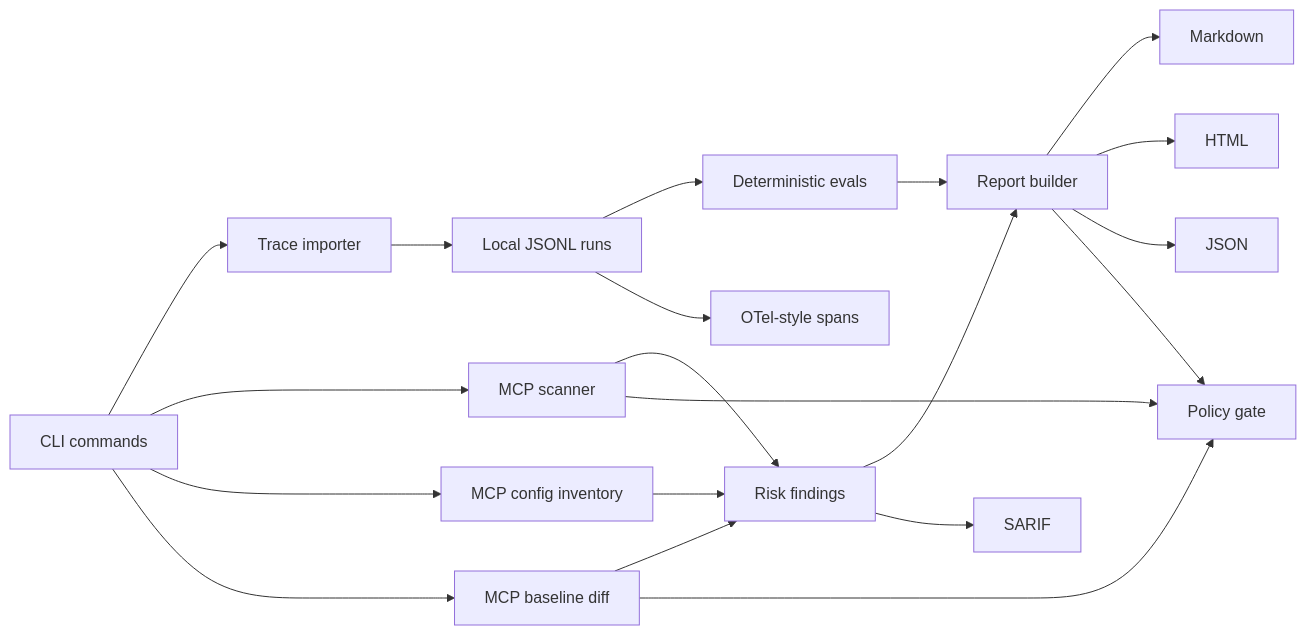
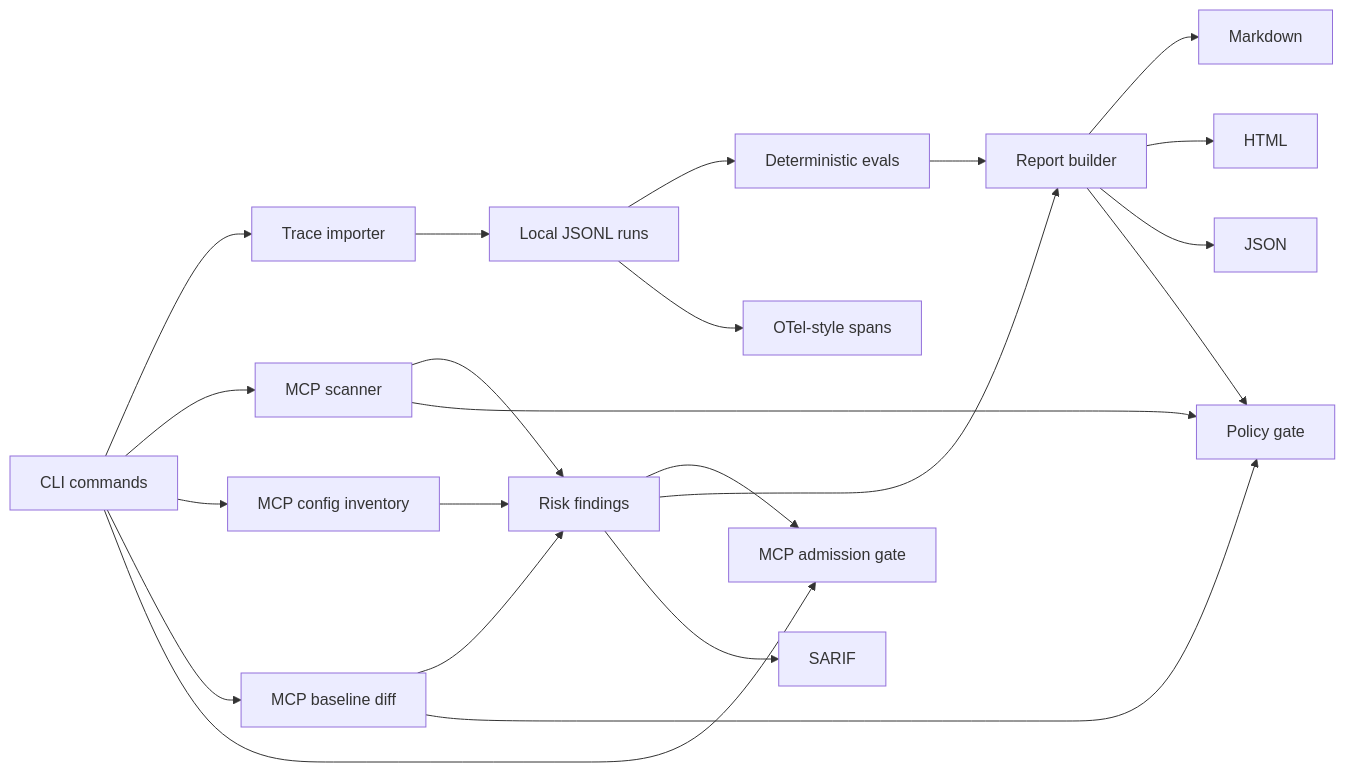
The diagram in docs/architecture.md (Gowrav-M/agentops-watchtower), drawn with Mermaid before and after one commit. The commit also changed other lines of this file and 16 other files, not shown here.

Commit message:
feat: add mcp admission gate

````diff
--- a/docs/architecture.md
+++ b/docs/architecture.md
@@ -5,22 +5,24 @@
 ```mermaid
 flowchart LR
   CLI["CLI commands"] --> Importer["Trace importer"]
   CLI --> Scanner["MCP scanner"]
   CLI --> Inventory["MCP config inventory"]
   CLI --> Baseline["MCP baseline diff"]
+  CLI --> Admission["MCP admission gate"]
   Importer --> Runs["Local JSONL runs"]
   Scanner --> Findings["Risk findings"]
   Inventory --> Findings
   Baseline --> Findings
+  Findings --> Admission
   Runs --> Evals["Deterministic evals"]
   Findings --> Report["Report builder"]
   Evals --> Report
   Report --> Markdown["Markdown"]
   Report --> HTML["HTML"]
   Report --> JSON["JSON"]
   Runs --> OTel["OTel-style spans"]
   Findings --> SARIF["SARIF"]
   Scanner --> Policy["Policy gate"]
   Baseline --> Policy
   Report --> Policy
 ```
````
